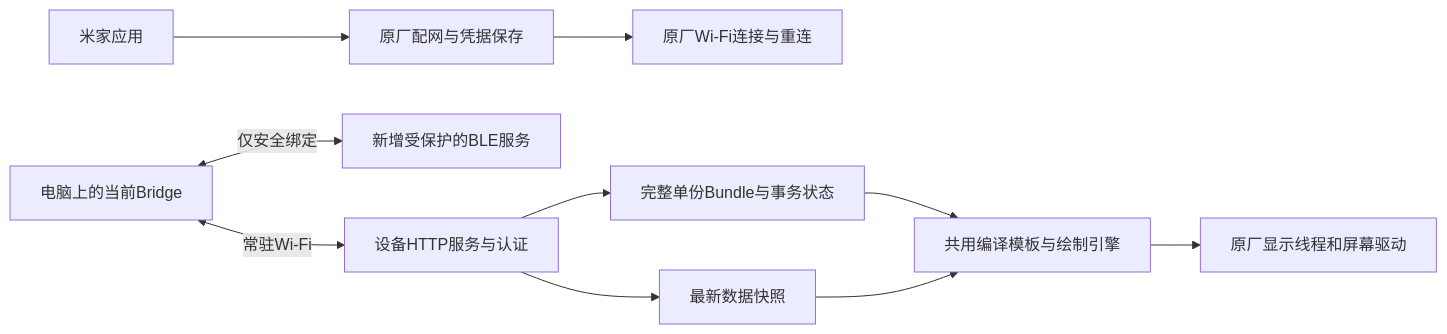
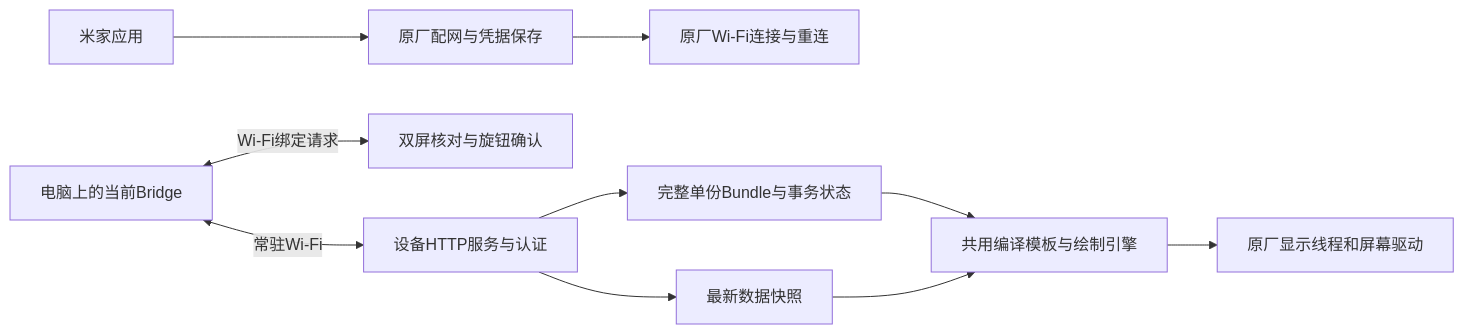
One commit to slepher/codex_status changed the first of 2 diagrams in project-workflow/ap01/design.md. Above: the diagram before and after it, drawn with Mermaid. The commit also changed other lines of this file and 10 other files, not shown here.

````diff
--- a/project-workflow/ap01/design.md
+++ b/project-workflow/ap01/design.md
@@ -21,12 +25,12 @@
 ```mermaid
 flowchart LR
   M[米家应用] --> P[原厂配网与凭据保存]
   P --> W[原厂Wi-Fi连接与重连]
-  B[电脑上的当前Bridge] <-->|仅安全绑定| E[新增受保护的BLE服务]
+  B[电脑上的当前Bridge] <-->|Wi-Fi绑定请求| E[双屏核对与旋钮确认]
   B <-->|常驻Wi-Fi| H[设备HTTP服务与认证]
   H --> S[完整单份Bundle与事务状态]
   H --> D[最新数据快照]
   S --> C[共用编译模板与绘制引擎]
   D --> C
   C --> L[原厂显示线程和屏幕驱动]
 ```
````
